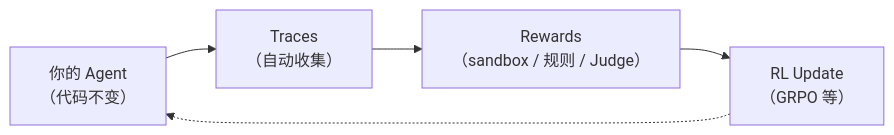
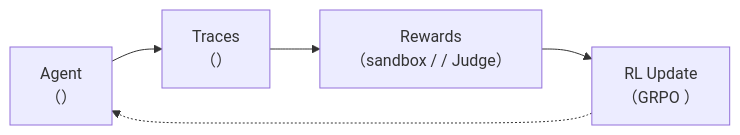
Before and after one commit to letslego/hands-on-modern-rl: the diagram in docs/chapter10_agentic_rl/rllm-deepcoder-lab.md, drawn with Mermaid. The commit also changed other lines of this file and 267 other files, not shown here.

````diff
--- a/docs/chapter10_agentic_rl/rllm-deepcoder-lab.md
+++ b/docs/chapter10_agentic_rl/rllm-deepcoder-lab.md
@@ -36,7 +36,7 @@
 ```mermaid
 flowchart LR
-    A["你的 Agent<br/>（代码不变）"] --> B["Traces<br/>（自动收集）"]
-    B --> C["Rewards<br/>（sandbox / 规则 / Judge）"]
-    C --> D["RL Update<br/>（GRPO 等）"]
+    A[" Agent<br/>（）"] --> B["Traces<br/>（）"]
+    B --> C["Rewards<br/>（sandbox /  / Judge）"]
+    C --> D["RL Update<br/>（GRPO ）"]
     D -.-> A
 ```
````
